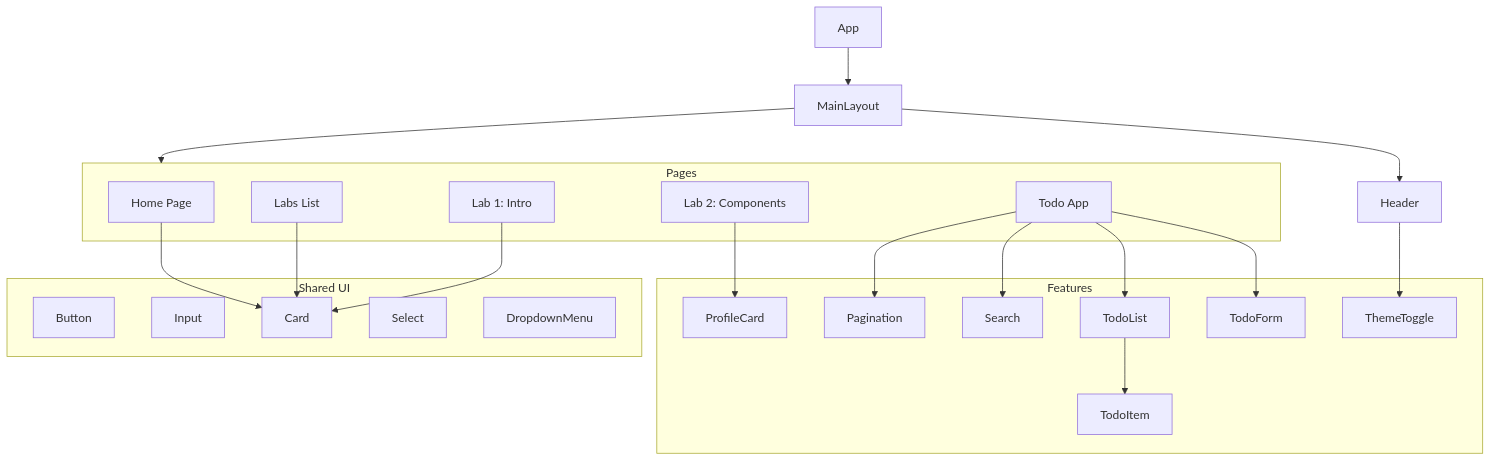
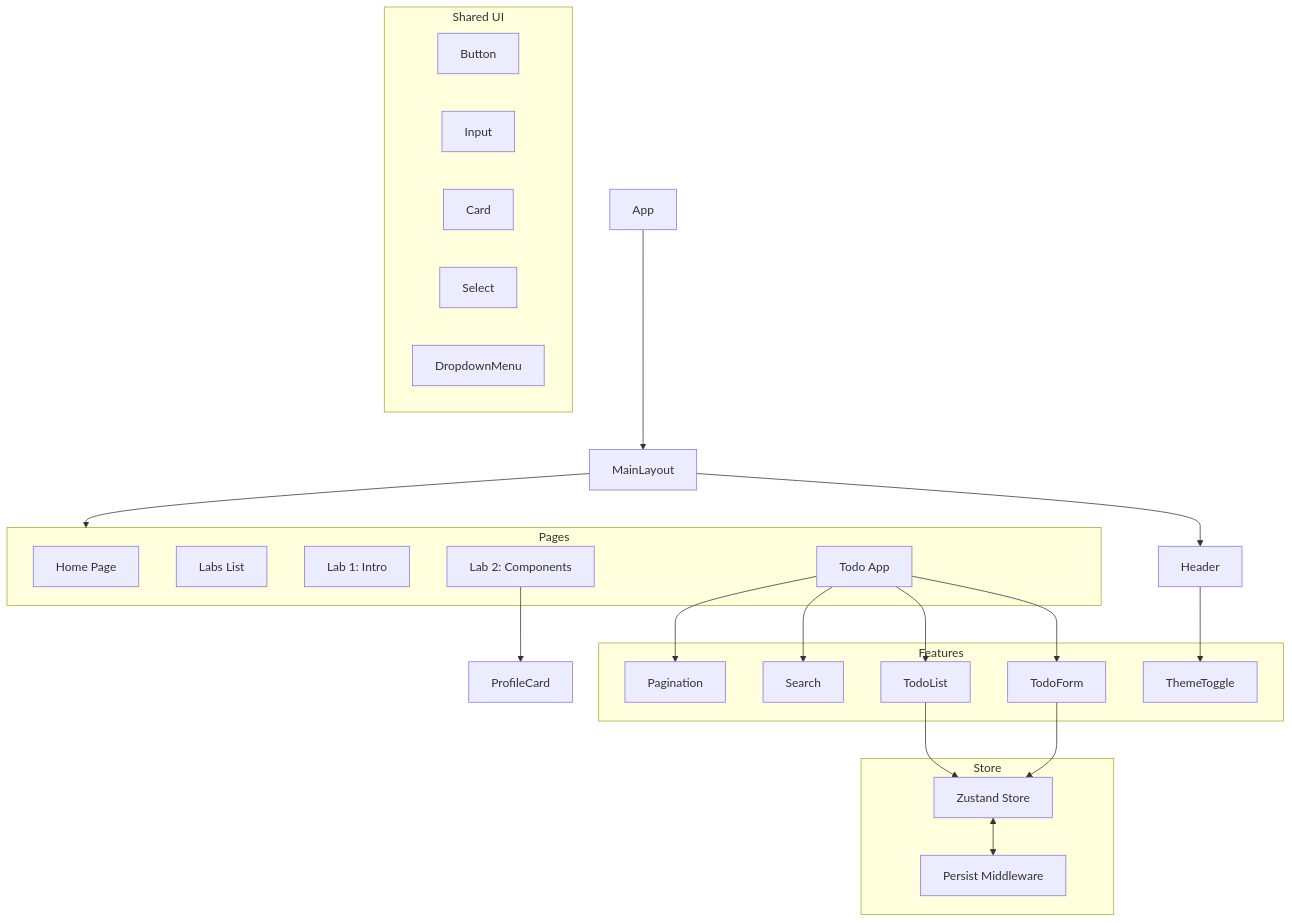
Before and after one commit to 100kgtrotila/react_final_proj_kn3: the diagram in README.md, drawn with Mermaid. The commit also changed other lines of this file and 24 other files, not shown here.

````diff
--- a/README.md
+++ b/README.md
@@ -13,38 +13,41 @@
 ```mermaid
 graph TD
 App[App] --> MainLayout[MainLayout]
 MainLayout --> Header[Header]
 MainLayout --> Pages
 
 subgraph Pages
     Home[Home Page]
     Labs[Labs List]
     Lab1[Lab 1: Intro]
     Lab2[Lab 2: Components]
     TodoPage[Todo App]
 end
 
 subgraph Shared UI
     Button
     Input
     Card
     Select
     DropdownMenu
 end
 
 subgraph Features
-    ProfileCard
     TodoForm
     TodoList
-    TodoItem
     Search
     Pagination
     ThemeToggle
 end
 
+subgraph Store
+    Zustand[Zustand Store]
+    LocalStorage[Persist Middleware]
+end
+
 Lab2 --> ProfileCard
 Header --> ThemeToggle
 TodoPage --> TodoForm & TodoList & Search & Pagination
-TodoList --> TodoItem
-Home & Labs & Lab1 --> Card
+TodoForm & TodoList --> Zustand
+Zustand <--> LocalStorage
 ```
````
